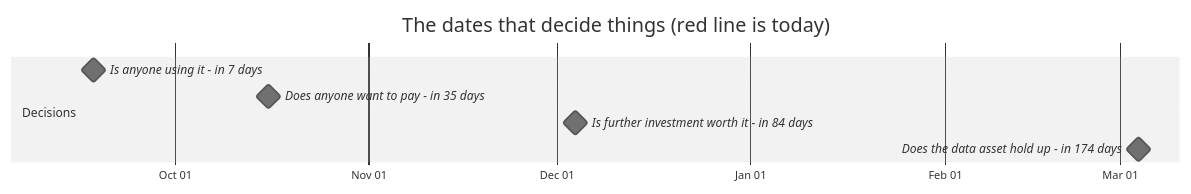
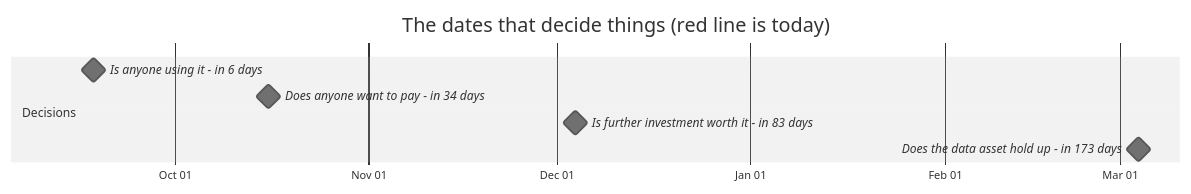
Before and after one commit to jakegu1/vetagent: the first of 2 diagrams in docs/OWNER.md, drawn with Mermaid (neutral theme). The commit also changed other lines of this file and 9 other files, not shown here.

````diff
--- a/docs/OWNER.md
+++ b/docs/OWNER.md
@@ -83,12 +83,12 @@
 ```mermaid
 gantt
     dateFormat YYYY-MM-DD
     axisFormat %b %d
     todayMarker stroke-width:3px,stroke:#d33,stroke-dasharray:0
     title The dates that decide things (red line is today)
     section Decisions
-    Is anyone using it - in 7 days :milestone, 2026-09-18, 0d
-    Does anyone want to pay - in 35 days :milestone, 2026-10-16, 0d
-    Is further investment worth it - in 84 days :milestone, 2026-12-04, 0d
-    Does the data asset hold up - in 174 days :milestone, 2027-03-04, 0d
+    Is anyone using it - in 6 days :milestone, 2026-09-18, 0d
+    Does anyone want to pay - in 34 days :milestone, 2026-10-16, 0d
+    Is further investment worth it - in 83 days :milestone, 2026-12-04, 0d
+    Does the data asset hold up - in 173 days :milestone, 2027-03-04, 0d
 ```
````
